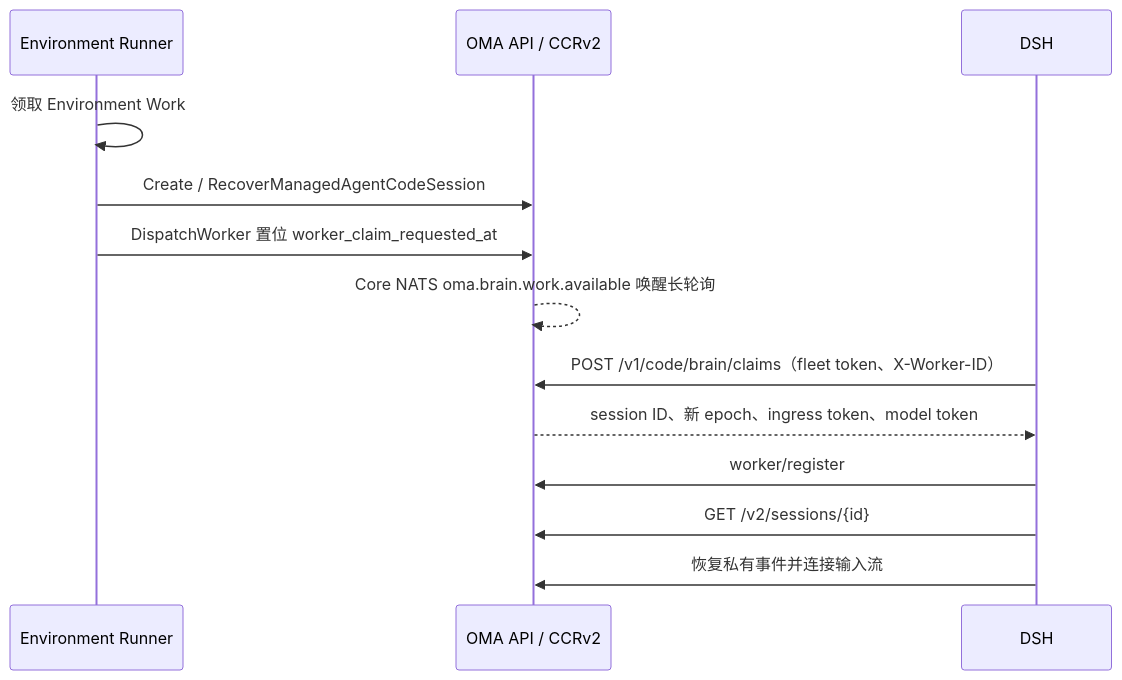
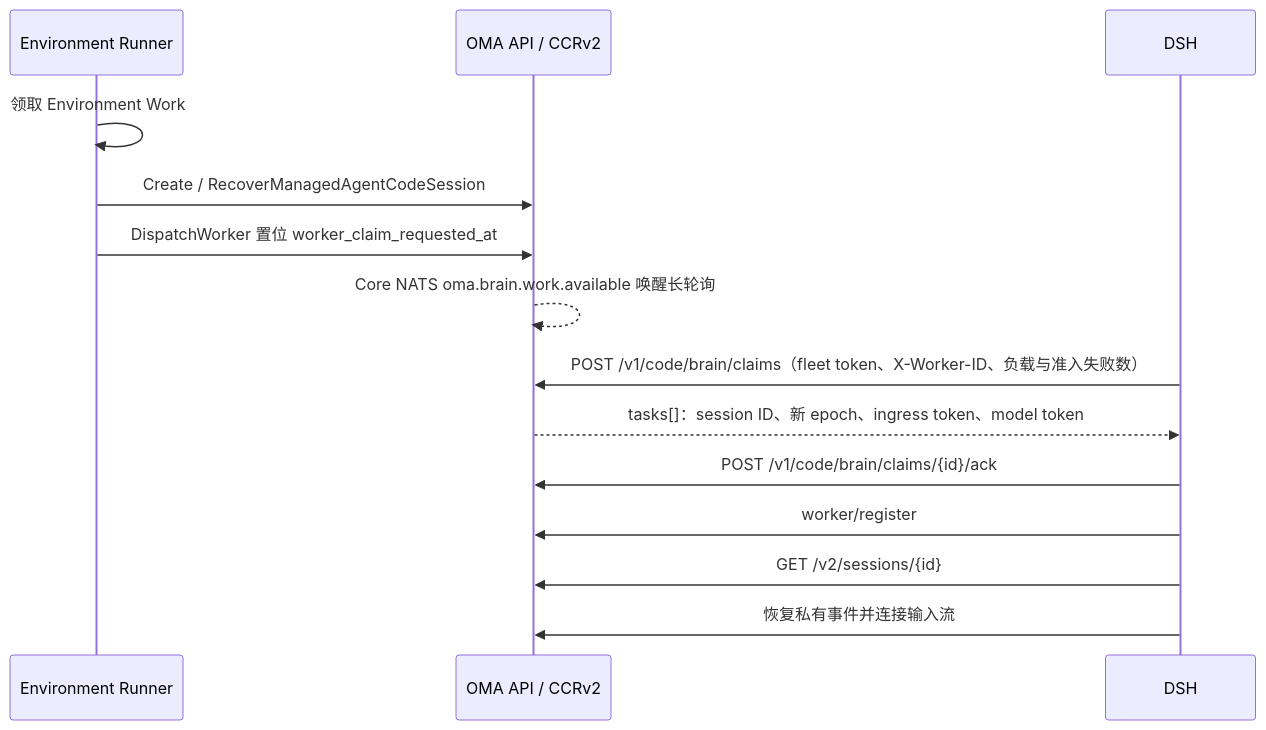
Before and after one commit to superduck-ai/open-managed-agents: the first of 7 diagrams in docs/design/be/brain-runtime.md, drawn with Mermaid. The commit also changed other lines of this file and 26 other files, not shown here.

````diff
--- a/docs/design/be/brain-runtime.md
+++ b/docs/design/be/brain-runtime.md
@@ -9,15 +9,16 @@
 ```mermaid
 sequenceDiagram
     participant R as Environment Runner
     participant C as OMA API / CCRv2
     participant D as DSH
     R->>R: 领取 Environment Work
     R->>C: Create / RecoverManagedAgentCodeSession
     R->>C: DispatchWorker 置位 worker_claim_requested_at
     C-->>C: Core NATS oma.brain.work.available 唤醒长轮询
-    D->>C: POST /v1/code/brain/claims（fleet token、X-Worker-ID）
-    C-->>D: session ID、新 epoch、ingress token、model token
+    D->>C: POST /v1/code/brain/claims（fleet token、X-Worker-ID、负载与准入失败数）
+    C-->>D: tasks[]：session ID、新 epoch、ingress token、model token
+    D->>C: POST /v1/code/brain/claims/{id}/ack
     D->>C: worker/register
     D->>C: GET /v2/sessions/{id}
     D->>C: 恢复私有事件并连接输入流
 ```
````
